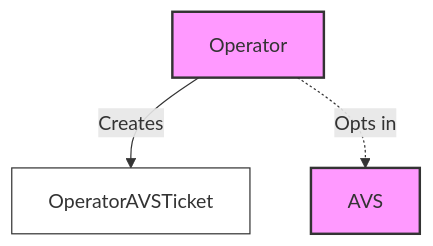
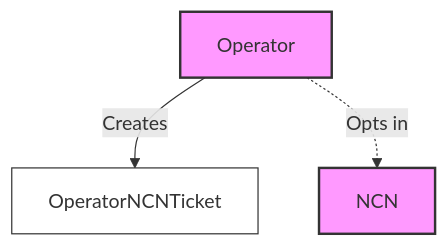
The first of 5 diagrams in docs/concepts/restaking_program.md (jito-foundation/restaking), drawn with Mermaid before and after one commit. The commit also changed other lines of this file and 61 other files, not shown here.

Commit message:
rename avs -> ncn

````diff
--- a/docs/concepts/restaking_program.md
+++ b/docs/concepts/restaking_program.md
@@ -58,10 +58,10 @@
 ```mermaid
 graph TD
     classDef main fill: #f9f, stroke: #333, stroke-width: 2px;
     classDef ticket fill: #fff, stroke: #333, stroke-width: 1px;
-    AVS[AVS]:::main
+    NCN[NCN]:::main
     Operator[Operator]:::main
-    OperatorAvsTicket[OperatorAVSTicket]:::ticket
-    Operator -->|Creates| OperatorAvsTicket
-    Operator -.->|Opts in| AVS
+    OperatorNcnTicket[OperatorNCNTicket]:::ticket
+    Operator -->|Creates| OperatorNcnTicket
+    Operator -.->|Opts in| NCN
 ```
````
